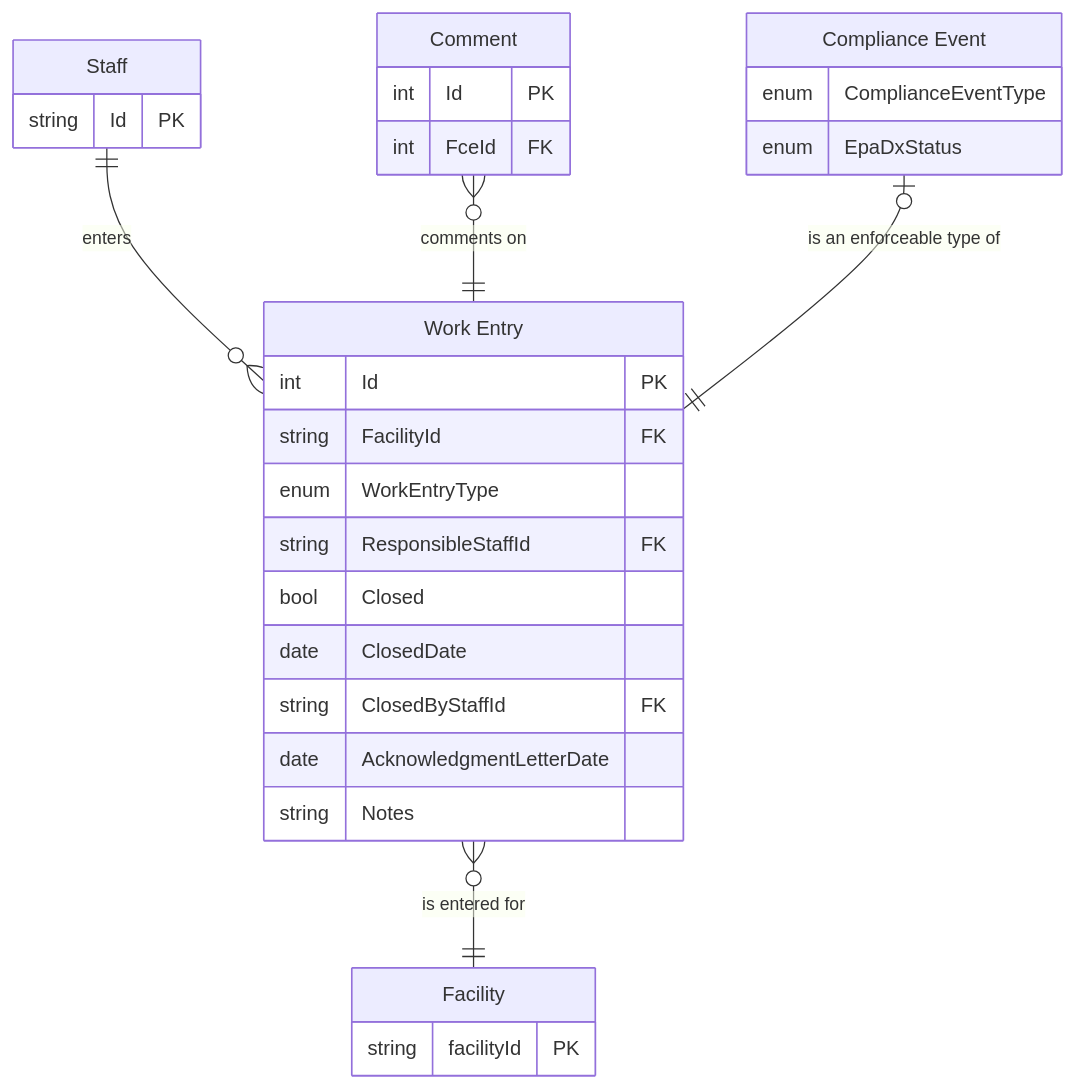
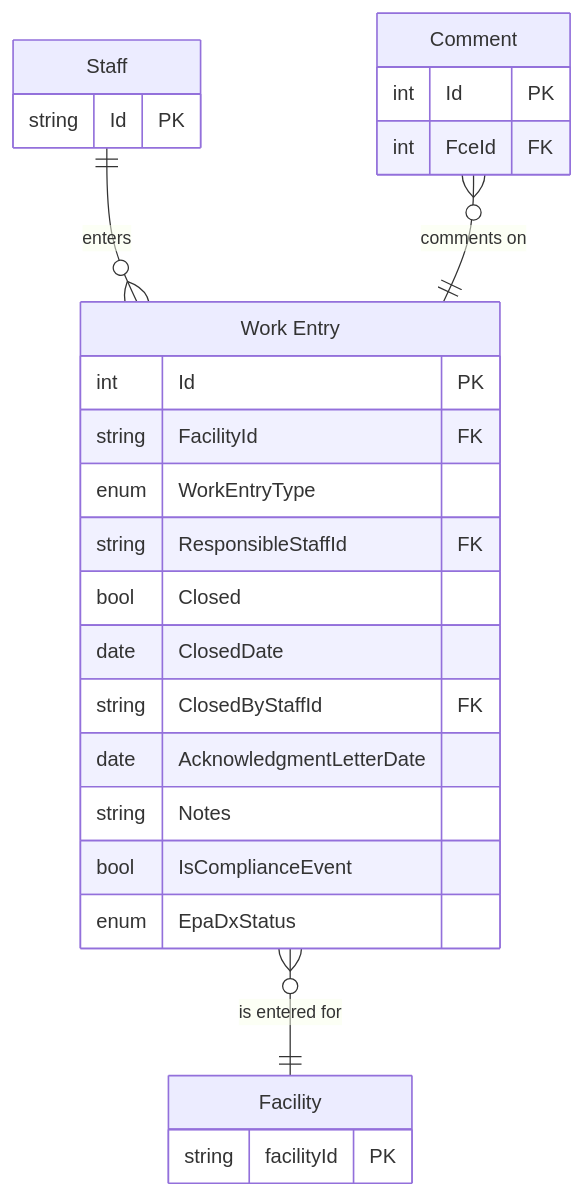
Before and after one commit to gaepdit/air-web: the diagram in docs/Workflows/Work-entries/Work-Entry.md, drawn with Mermaid. The commit also changed other lines of this file and 12 other files, not shown here.

Commit message:
Combine Compliance Event with Work Entry entity

````diff
--- a/docs/Workflows/Work-entries/Work-Entry.md
+++ b/docs/Workflows/Work-entries/Work-Entry.md
@@ -50,38 +28,34 @@
 ```mermaid
 erDiagram
     FAC["Facility"] {
         string facilityId PK
     }
 
     WRK["Work Entry"] {
         int Id PK
         string FacilityId FK
         enum WorkEntryType
         string ResponsibleStaffId FK
         bool Closed
         date ClosedDate
         string ClosedByStaffId FK
         date AcknowledgmentLetterDate
         string Notes
+        bool IsComplianceEvent
+        enum EpaDxStatus
     }
 
     STF["Staff"] {
         string Id PK
     }
 
     CMT["Comment"] {
         int Id PK
         int FceId FK
     }
 
-    CME["Compliance Event"] {
-        enum ComplianceEventType
-        enum EpaDxStatus
-    }
-
     WRK }o--|| FAC: "is entered for"
     STF ||--o{ WRK: "enters"
     CMT }o--|| WRK: "comments on"
-    CME |o--|| WRK: "is an enforceable type of"
 
 ```
````
